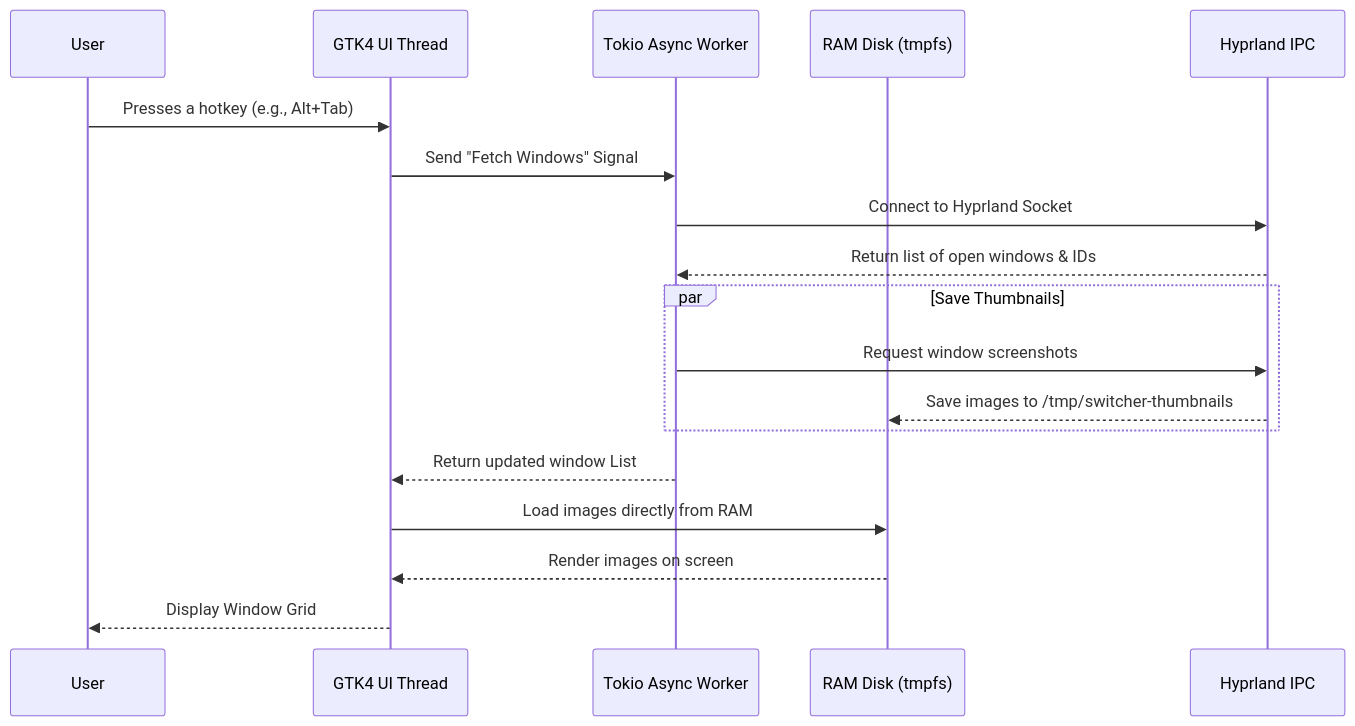
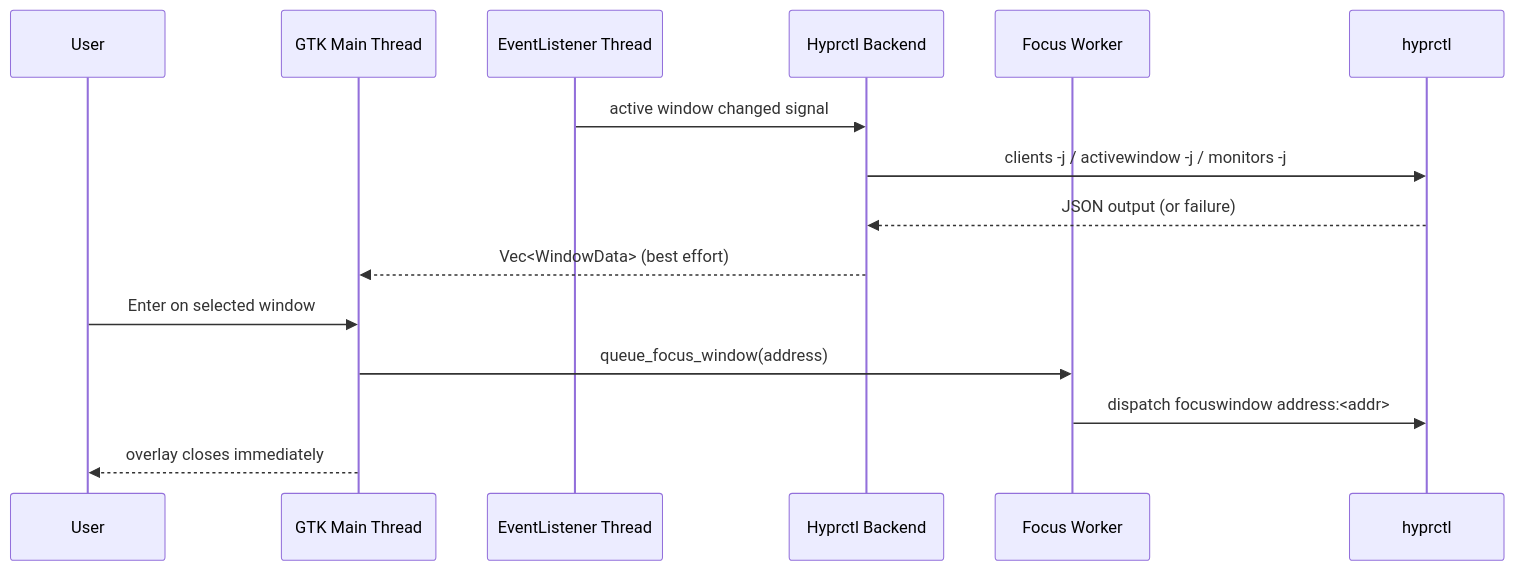
The diagram in docs_tutorial/01-architecture-concept.md (kiet-ta/window-switcher), drawn with Mermaid before and after one commit. The commit also changed other lines of this file and 19 other files, not shown here.

Commit message:
refactor: remove hyprland.rs change to hyprctl json

````diff
--- a/docs_tutorial/01-architecture-concept.md
+++ b/docs_tutorial/01-architecture-concept.md
@@ -24,23 +46,18 @@
 ```mermaid
 sequenceDiagram
     participant User
-    participant UI as GTK4 UI Thread
-    participant Async as Tokio Async Worker
-    participant Tmpfs as RAM Disk (tmpfs)
-    participant IPC as Hyprland IPC
+    participant UI as GTK Main Thread
+    participant Listener as EventListener Thread
+    participant Backend as Hyprctl Backend
+    participant Worker as Focus Worker
+    participant Hypr as hyprctl
 
-    User->>UI: Presses a hotkey (e.g., Alt+Tab)
-    UI->>Async: Send "Fetch Windows" Signal
-    Async->>IPC: Connect to Hyprland Socket
-    IPC-->>Async: Return list of open windows & IDs
-    
-    par Save Thumbnails
-        Async->>IPC: Request window screenshots
-        IPC-->>Tmpfs: Save images to /tmp/switcher-thumbnails
-    end
-
-    Async-->>UI: Return updated window List
-    UI->>Tmpfs: Load images directly from RAM
-    Tmpfs-->>UI: Render images on screen
-    UI-->>User: Display Window Grid
+    Listener->>Backend: active window changed signal
+    Backend->>Hypr: clients -j / activewindow -j / monitors -j
+    Hypr-->>Backend: JSON output (or failure)
+    Backend-->>UI: Vec<WindowData> (best effort)
+    User->>UI: Enter on selected window
+    UI->>Worker: queue_focus_window(address)
+    Worker->>Hypr: dispatch focuswindow address:<addr>
+    UI-->>User: overlay closes immediately
 ```
````
